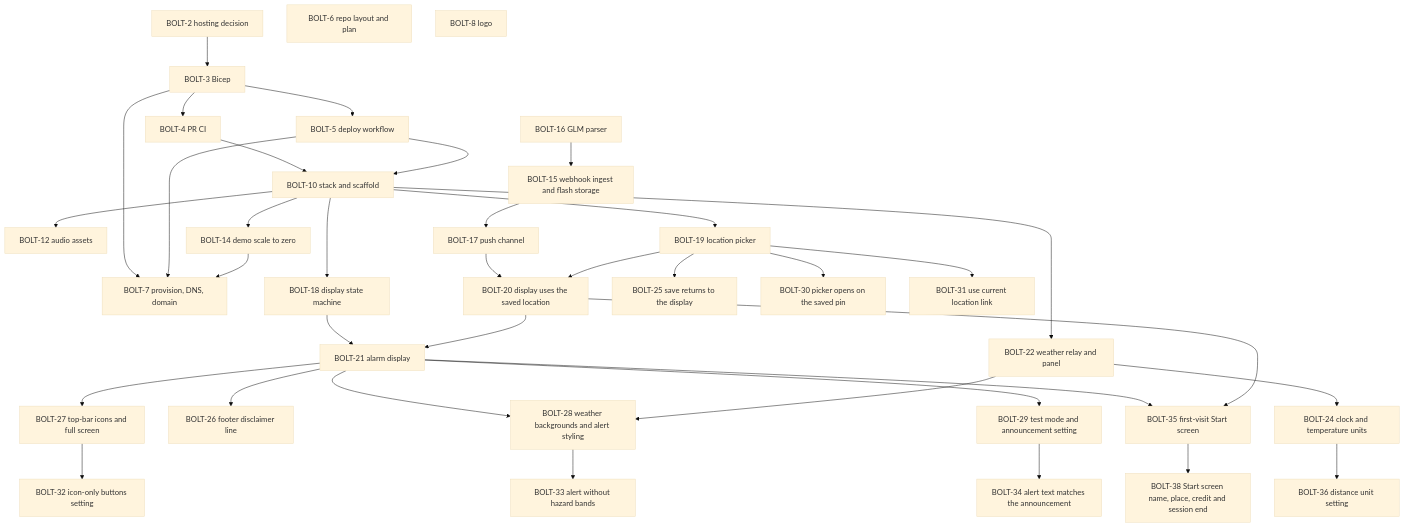
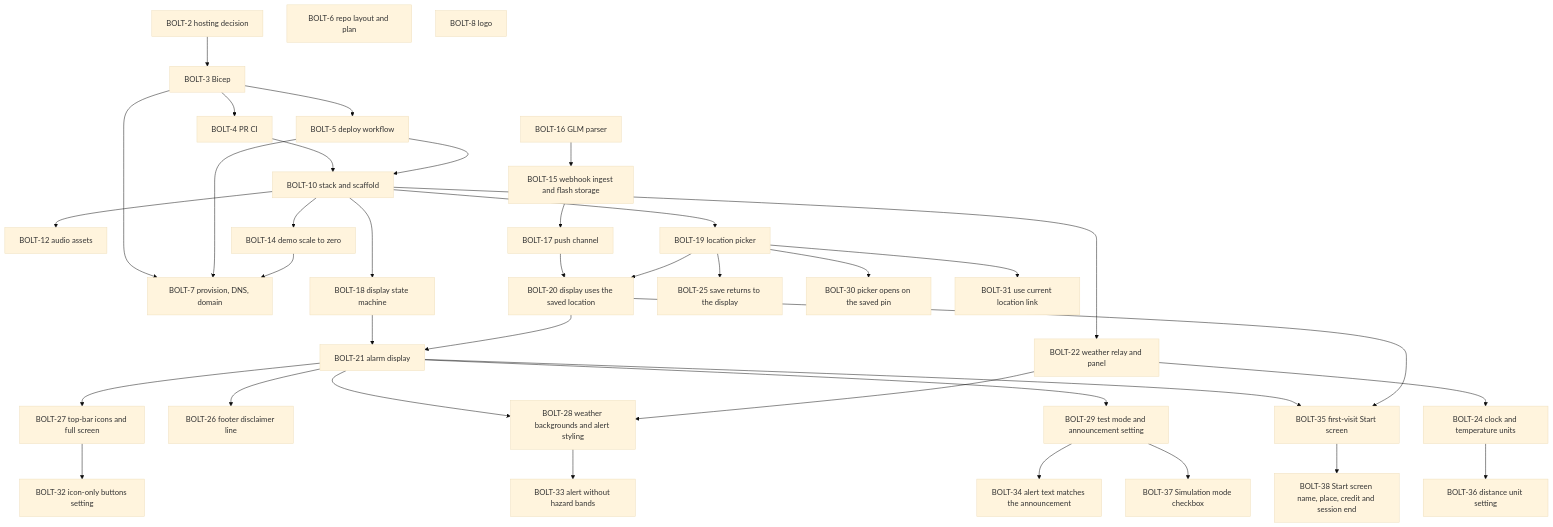
Before and after one commit to henrique-meyer/boltclock: the diagram in docs/plan.md, drawn with Mermaid (base theme). The commit also changed other lines of this file and 7 other files, not shown here.

First line of the commit message:
BOLT-37 Settings: Simulation mode checkbox, defaulting to TEST_MODE

````diff
--- a/docs/plan.md
+++ b/docs/plan.md
@@ -15,70 +15,72 @@
 ```mermaid
 flowchart TD
   s2[BOLT-2 hosting decision]
   s3[BOLT-3 Bicep]
   s4[BOLT-4 PR CI]
   s5[BOLT-5 deploy workflow]
   s6[BOLT-6 repo layout and plan]
   s7[BOLT-7 provision, DNS, domain]
   s8[BOLT-8 logo]
   s10[BOLT-10 stack and scaffold]
   s12[BOLT-12 audio assets]
   s14[BOLT-14 demo scale to zero]
   s15[BOLT-15 webhook ingest and flash storage]
   s16[BOLT-16 GLM parser]
   s17[BOLT-17 push channel]
   s18[BOLT-18 display state machine]
   s19[BOLT-19 location picker]
   s20[BOLT-20 display uses the saved location]
   s21[BOLT-21 alarm display]
   s22[BOLT-22 weather relay and panel]
   s24[BOLT-24 clock and temperature units]
   s25[BOLT-25 save returns to the display]
   s26[BOLT-26 footer disclaimer line]
   s27[BOLT-27 top-bar icons and full screen]
   s28[BOLT-28 weather backgrounds and alert styling]
   s30[BOLT-30 picker opens on the saved pin]
   s29[BOLT-29 test mode and announcement setting]
   s32[BOLT-32 icon-only buttons setting]
   s31[BOLT-31 use current location link]
   s33[BOLT-33 alert without hazard bands]
   s34[BOLT-34 alert text matches the announcement]
   s35[BOLT-35 first-visit Start screen]
   s36[BOLT-36 distance unit setting]
   s38[BOLT-38 Start screen name, place, credit and session end]
+  s37[BOLT-37 Simulation mode checkbox]
   s2 --> s3
   s4 --> s10
   s5 --> s10
   s3 --> s4
   s3 --> s5
   s3 --> s7
   s5 --> s7
   s10 --> s12
   s10 --> s14
   s14 --> s7
   s16 --> s15
   s15 --> s17
   s10 --> s18
   s10 --> s19
   s17 --> s20
   s19 --> s20
   s18 --> s21
   s20 --> s21
   s10 --> s22
   s22 --> s24
   s19 --> s25
   s21 --> s26
   s21 --> s27
   s21 --> s28
   s22 --> s28
   s19 --> s30
   s21 --> s29
   s27 --> s32
   s19 --> s31
   s28 --> s33
   s29 --> s34
   s21 --> s35
   s20 --> s35
   s24 --> s36
   s35 --> s38
+  s29 --> s37
 ```
````
